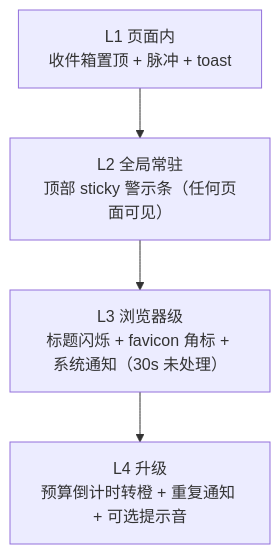
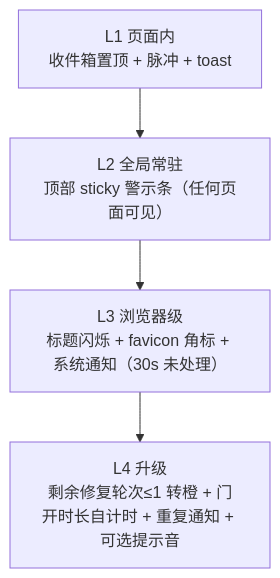
Before and after one commit to michaelChe956/cadence-aria: the third of 3 diagrams in cadence/designs/2026-09-13_设计文档_3.7UIUX自动执行驾驶舱_v1.0.md, drawn with Mermaid. The commit also changed other lines of this file, not shown here.

````diff
--- a/cadence/designs/2026-09-13_设计文档_3.7UIUX自动执行驾驶舱_v1.0.md
+++ b/cadence/designs/2026-09-13_设计文档_3.7UIUX自动执行驾驶舱_v1.0.md
@@ -355,6 +397,6 @@
 ```mermaid
 flowchart TD
   L1["L1 页面内<br/>收件箱置顶 + 脉冲 + toast"] --> L2["L2 全局常驻<br/>顶部 sticky 警示条（任何页面可见）"]
   L2 --> L3["L3 浏览器级<br/>标题闪烁 + favicon 角标 + 系统通知（30s 未处理）"]
-  L3 --> L4["L4 升级<br/>预算倒计时转橙 + 重复通知 + 可选提示音"]
+  L3 --> L4["L4 升级<br/>剩余修复轮次≤1 转橙 + 门开时长自计时 + 重复通知 + 可选提示音"]
 ```
````
